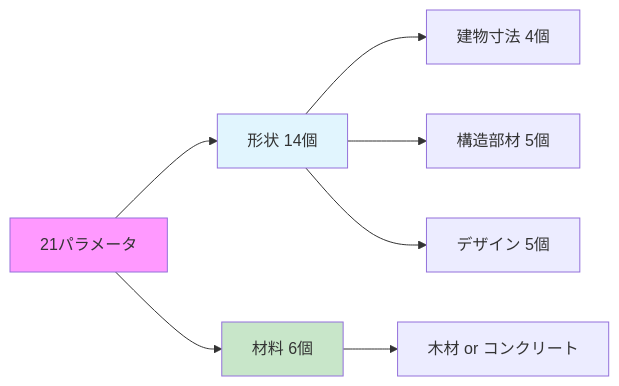
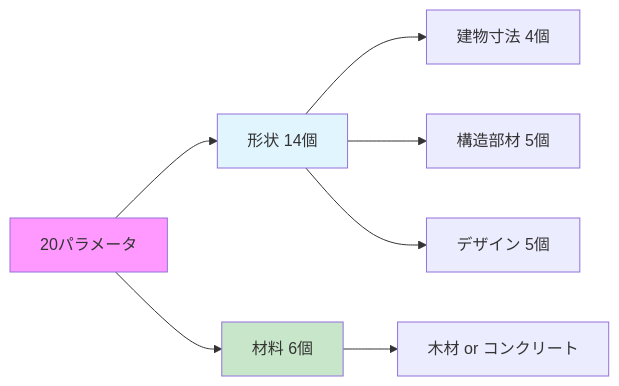
The fourth of 5 diagrams in generate_building_fem_analyze_report.md (jkushida/ai-arch), drawn with Mermaid before and after one commit. The commit also changed other lines of this file and 11 other files, not shown here.

````diff
--- a/generate_building_fem_analyze_report.md
+++ b/generate_building_fem_analyze_report.md
@@ -120,15 +120,15 @@
 ```mermaid
 graph LR
-    A["21パラメータ"] --> B["形状 14個"]
+    A["20パラメータ"] --> B["形状 14個"]
     A --> C["材料 6個"]
     
     B --> B1["建物寸法 4個"]
     B --> B2["構造部材 5個"]
     B --> B3["デザイン 5個"]
     
     C --> C1["木材 or コンクリート"]
     
     style A fill:#f9f
     style B fill:#e1f5fe
     style C fill:#c8e6c9
 ```
````
